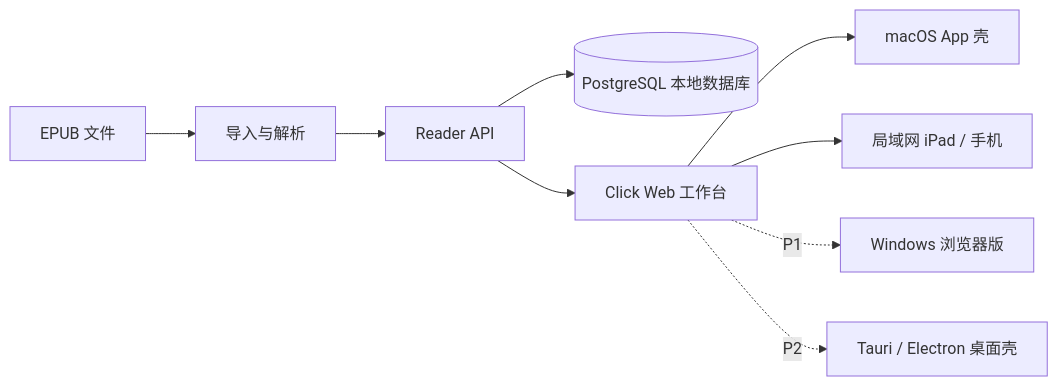
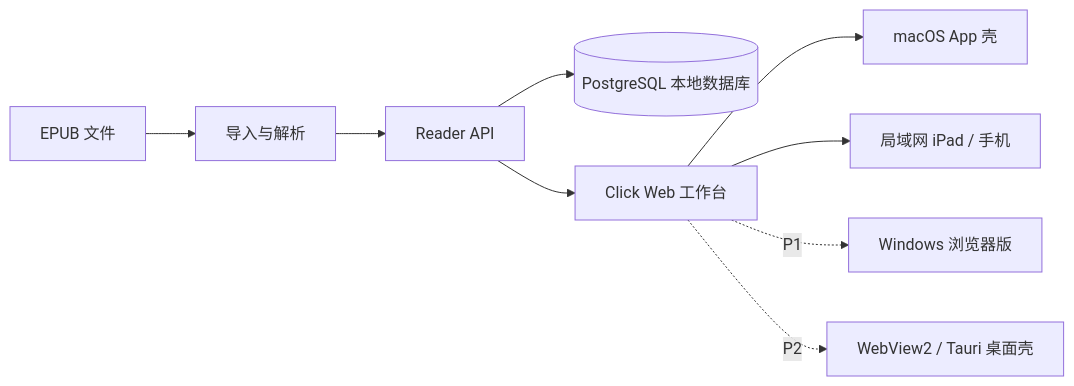
One commit to JiangYu3761/Click changed the diagram in README.md. Above: the diagram before and after it, drawn with Mermaid. The commit also changed other lines of this file and 5 other files, not shown here.

````diff
--- a/README.md
+++ b/README.md
@@ -122,11 +135,11 @@
 ```mermaid
 flowchart LR
     EPUB["EPUB 文件"] --> Importer["导入与解析"]
     Importer --> API["Reader API"]
     API --> DB[("PostgreSQL 本地数据库")]
     API --> Web["Click Web 工作台"]
     Web --> Mac["macOS App 壳"]
     Web --> LAN["局域网 iPad / 手机"]
     Web -. P1 .-> WinBrowser["Windows 浏览器版"]
-    Web -. P2 .-> WinShell["Tauri / Electron 桌面壳"]
+    Web -. P2 .-> WinShell["WebView2 / Tauri 桌面壳"]
 ```
````
